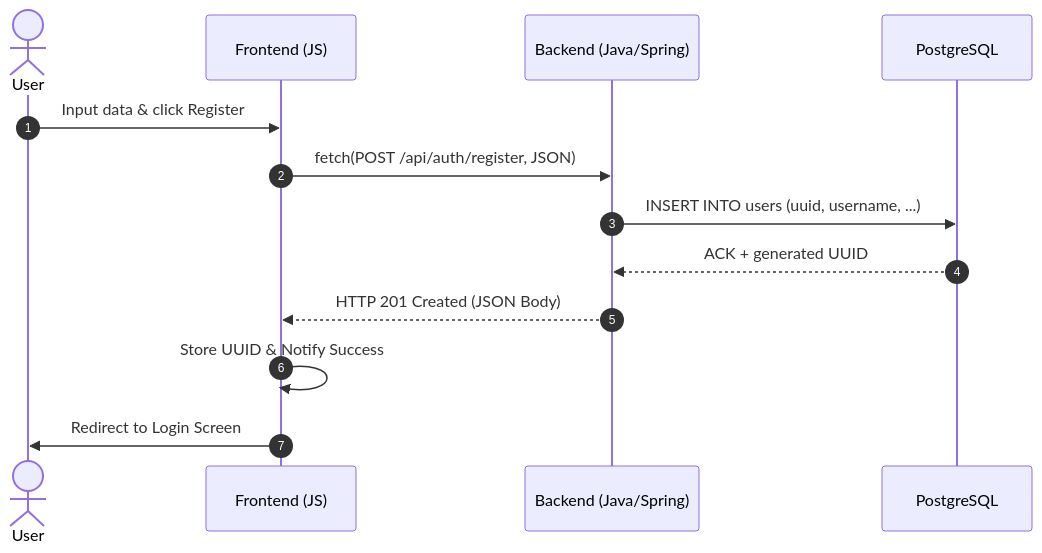
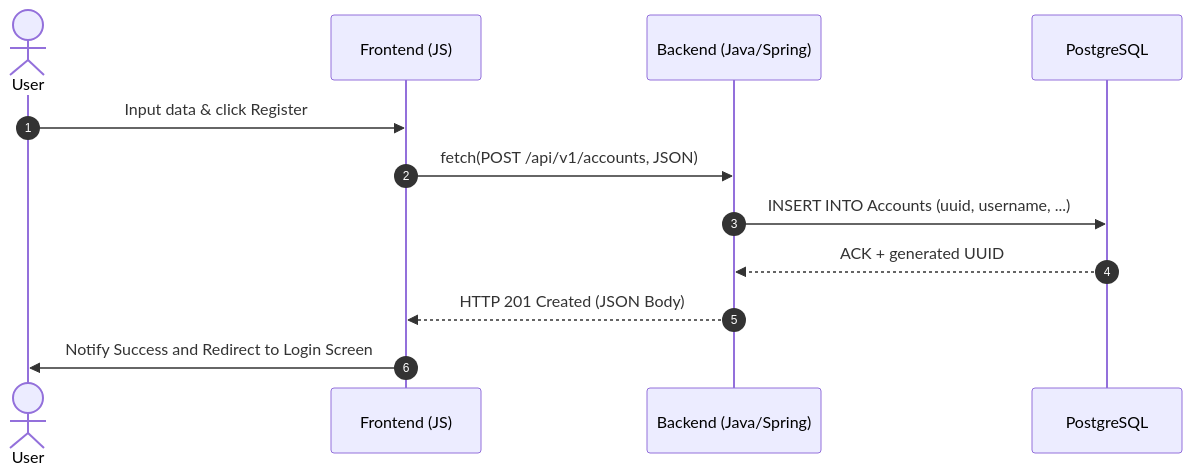
Before and after one commit to Luis-HF/football-tactical-simulator: the second of 4 diagrams in README.md, drawn with Mermaid. The commit also changed other lines of this file, not shown here.

````diff
--- a/README.md
+++ b/README.md
@@ -41,17 +38,16 @@
 ```mermaid
 
 sequenceDiagram
     autonumber
     actor User
     participant Front as Frontend (JS)
     participant Back as Backend (Java/Spring)
     participant DB as PostgreSQL
 
     User->>Front: Input data & click Register
-    Front->>Back: fetch(POST /api/auth/register, JSON)
-    Back->>DB: INSERT INTO users (uuid, username, ...)
+    Front->>Back: fetch(POST /api/v1/accounts, JSON)
+    Back->>DB: INSERT INTO Accounts (uuid, username, ...)
     DB-->>Back: ACK + generated UUID
     Back-->>Front: HTTP 201 Created (JSON Body)
-    Front->>Front: Store UUID & Notify Success
-    Front->>User: Redirect to Login Screen
+    Front->>User: Notify Success and Redirect to Login Screen
 ```
````
